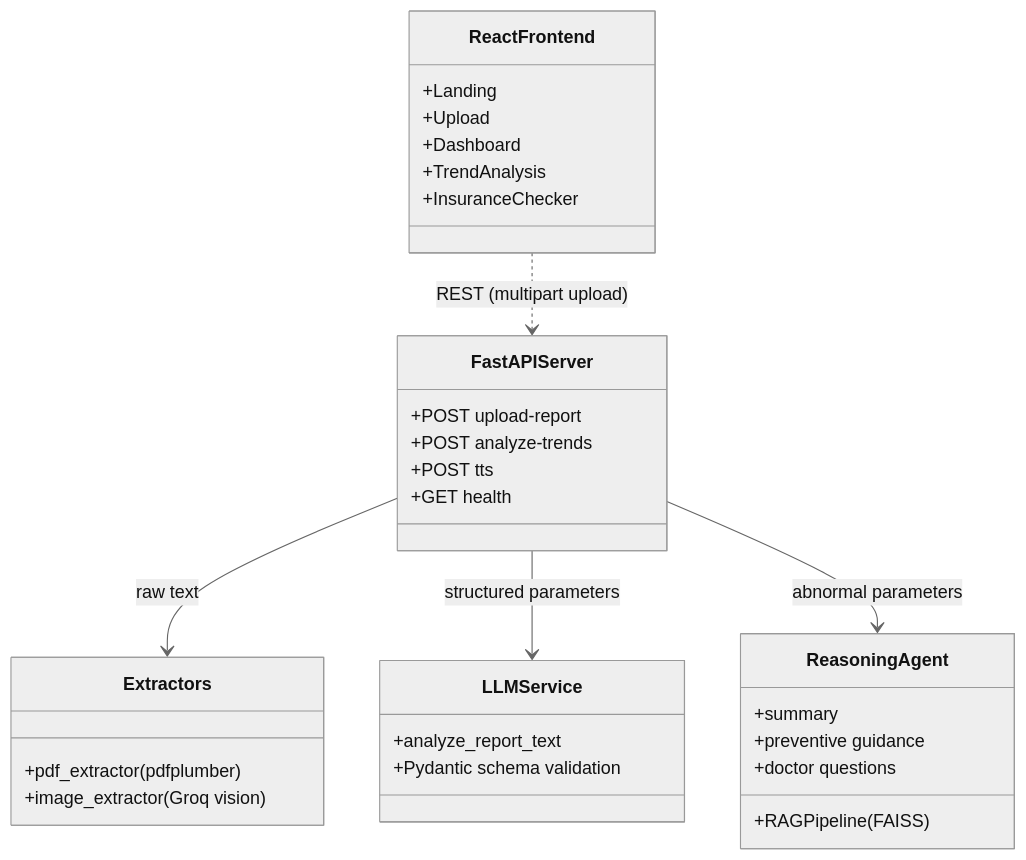
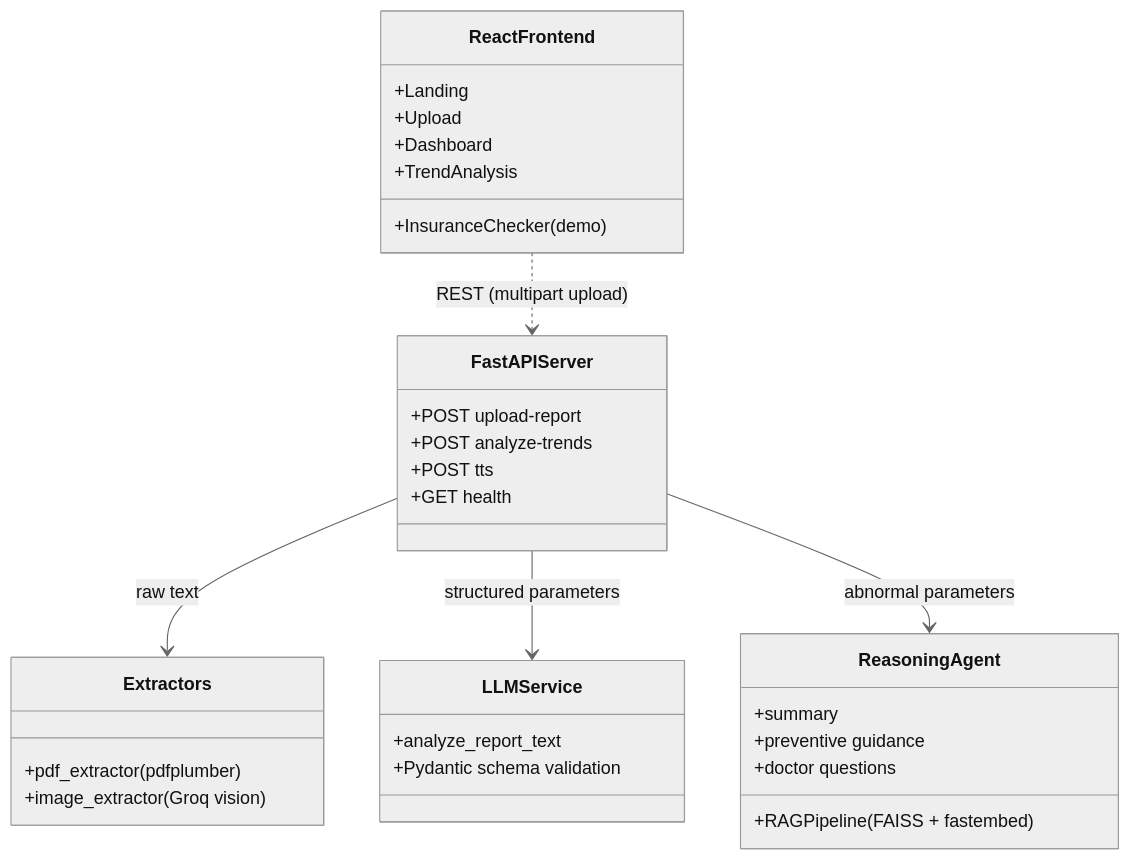
The first of 2 diagrams in README.md (SiddarthReddyK/pulse-rag), drawn with Mermaid (neutral theme) before and after one commit. The commit also changed other lines of this file, not shown here.

````diff
--- a/README.md
+++ b/README.md
@@ -46,35 +56,35 @@
 ```mermaid
 classDiagram
     class ReactFrontend {
         +Landing
         +Upload
         +Dashboard
         +TrendAnalysis
-        +InsuranceChecker
+        +InsuranceChecker (demo)
     }
     class FastAPIServer {
         +POST upload-report
         +POST analyze-trends
         +POST tts
         +GET health
     }
     class Extractors {
         +pdf_extractor (pdfplumber)
         +image_extractor (Groq vision)
     }
     class LLMService {
         +analyze_report_text
         +Pydantic schema validation
     }
     class ReasoningAgent {
-        +RAGPipeline (FAISS)
+        +RAGPipeline (FAISS + fastembed)
         +summary
         +preventive guidance
         +doctor questions
     }
 
     ReactFrontend ..> FastAPIServer : REST (multipart upload)
     FastAPIServer --> Extractors : raw text
     FastAPIServer --> LLMService : structured parameters
     FastAPIServer --> ReasoningAgent : abnormal parameters
 ```
````
